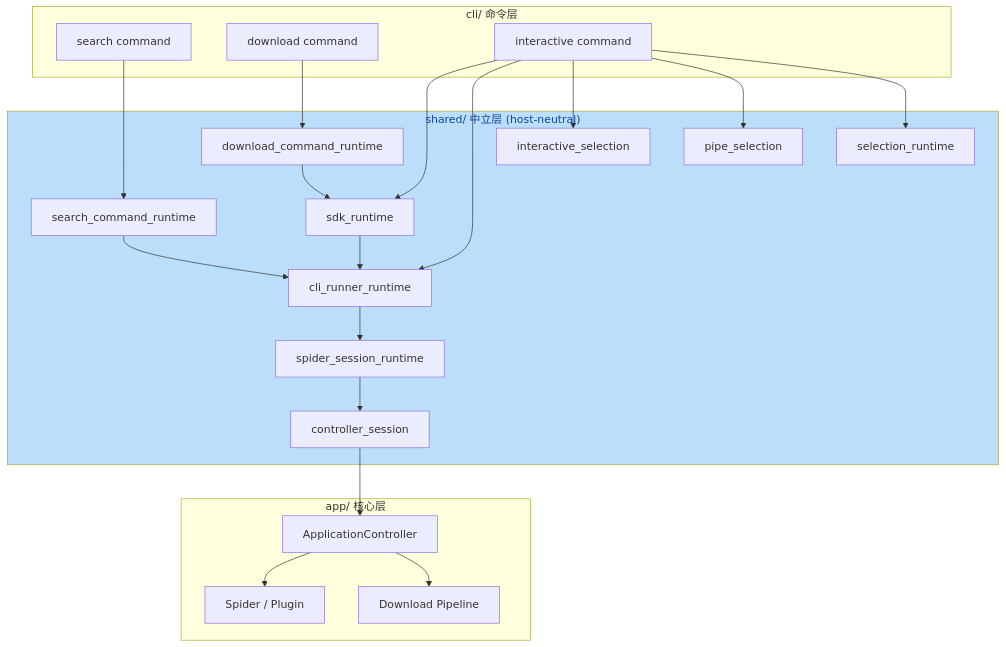
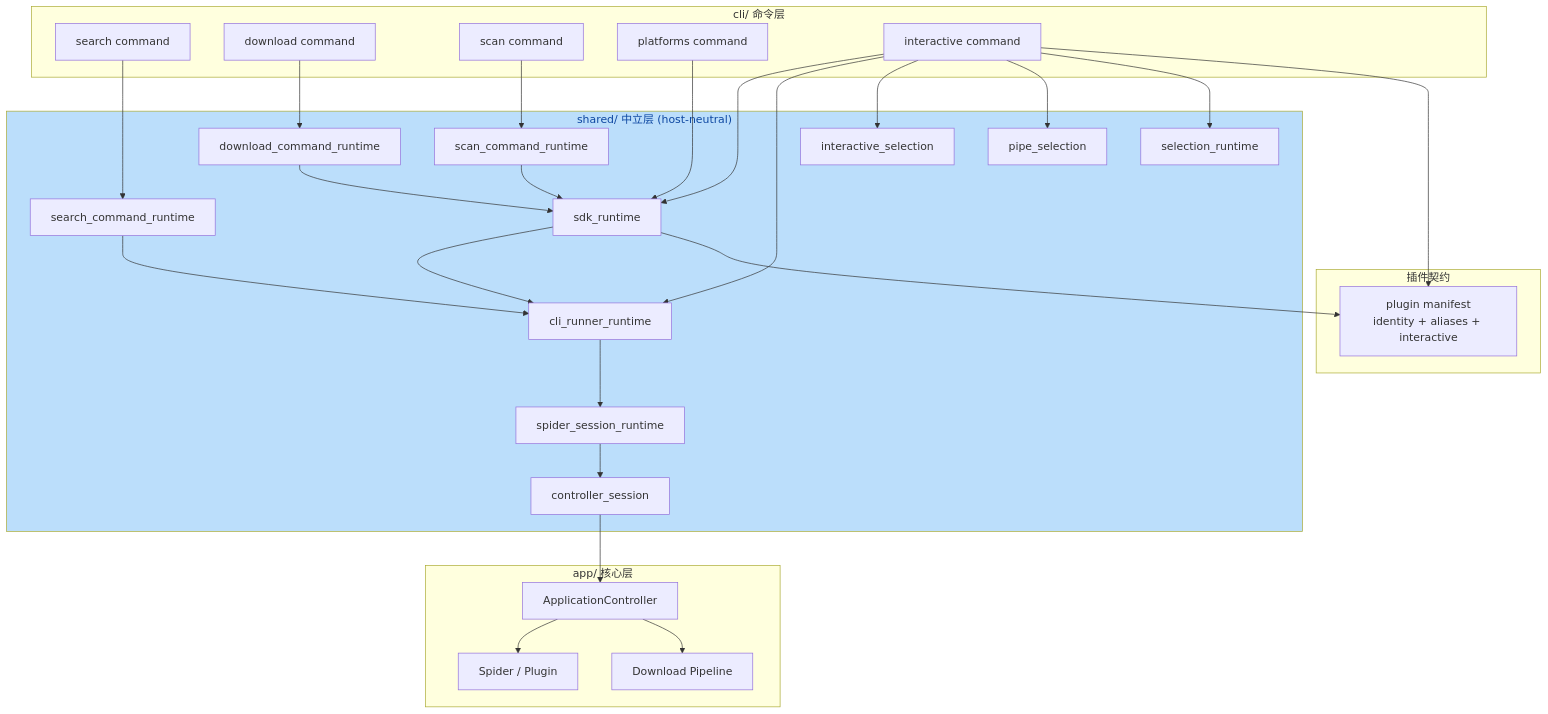
One commit to haohaizi554/UniversalCrawler changed the fourth of 4 diagrams in mermaid/02-entrypoints-and-hosts.md. Above: the diagram before and after it, drawn with Mermaid. The commit also changed 7 other files, not shown here.

Commit message:
docs: publish plugin-driven CLI runtime architecture

````diff
--- a/mermaid/02-entrypoints-and-hosts.md
+++ b/mermaid/02-entrypoints-and-hosts.md
@@ -106,46 +106,58 @@
 ```mermaid
 flowchart TB
     subgraph CLI["cli/ 命令层"]
         CmdSearch["search command"]
         CmdDownload["download command"]
+        CmdScan["scan command"]
+        CmdPlatforms["platforms command"]
         CmdInteractive["interactive command"]
     end
 
     subgraph Shared["shared/ 中立层 (host-neutral)"]
         SearchRt["search_command_runtime"]
         DownloadRt["download_command_runtime"]
+        ScanRt["scan_command_runtime"]
         SDKRt["sdk_runtime"]
         CLIRunnerRt["cli_runner_runtime"]
         InteractiveSel["interactive_selection"]
         PipeSel["pipe_selection"]
         SelectionRt["selection_runtime"]
         SpiderSession["spider_session_runtime"]
         ControllerSession["controller_session"]
+    end
+
+    subgraph Contract["插件契约"]
+        Manifest["plugin manifest<br/>identity + aliases + interactive"]
     end
 
     subgraph App["app/ 核心层"]
         AppCtrl["ApplicationController"]
         Spider["Spider / Plugin"]
         Download["Download Pipeline"]
     end
 
     CmdSearch --> SearchRt
     CmdDownload --> DownloadRt
+    CmdScan --> ScanRt
+    CmdPlatforms --> SDKRt
     CmdInteractive --> SDKRt
     CmdInteractive --> CLIRunnerRt
     CmdInteractive --> InteractiveSel
     CmdInteractive --> PipeSel
     CmdInteractive --> SelectionRt
+    CmdInteractive --> Manifest
 
     SearchRt --> CLIRunnerRt
     DownloadRt --> SDKRt
+    ScanRt --> SDKRt
     SDKRt --> CLIRunnerRt
+    SDKRt --> Manifest
     CLIRunnerRt --> SpiderSession
     SpiderSession --> ControllerSession
     ControllerSession --> AppCtrl
 
     AppCtrl --> Spider
     AppCtrl --> Download
 
     style Shared fill:#bbdefb,color:#0d47a1
 ```
````
